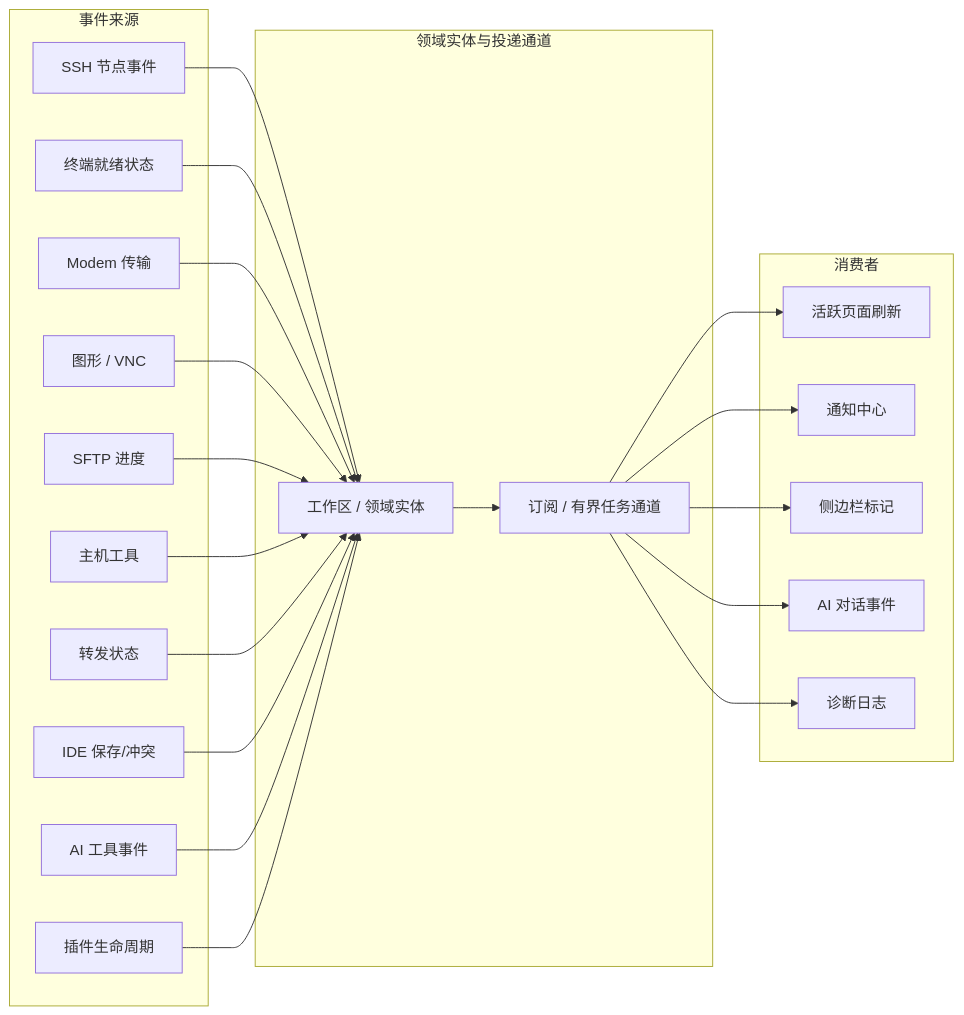
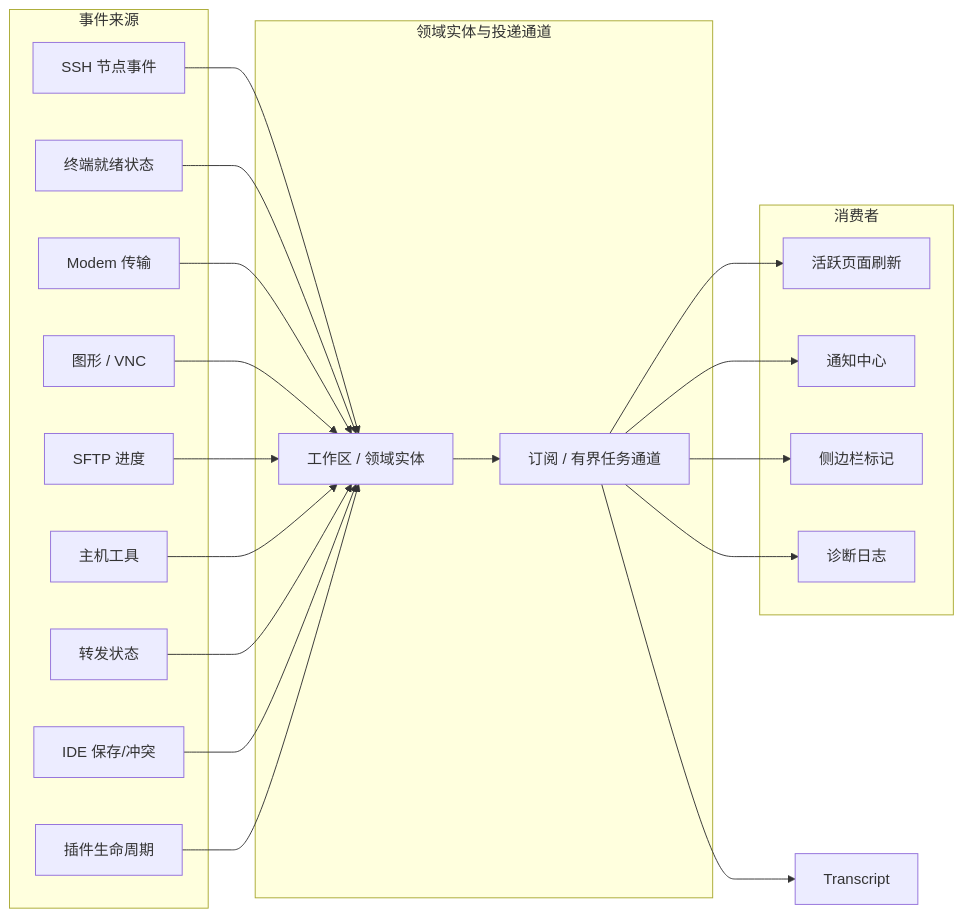
One commit to imeilige/oxideterm changed diagram 12 of 12 in docs/user-guide/zh-Hans/architecture.md. Above: the diagram before and after it, drawn with Mermaid. The commit also changed other lines of this file and 339 other files, not shown here.

````diff
--- a/docs/user-guide/zh-Hans/architecture.md
+++ b/docs/user-guide/zh-Hans/architecture.md
@@ -1590,45 +1403,42 @@
 ```mermaid
 flowchart LR
     subgraph Sources["事件来源"]
         SSH["SSH 节点事件"]
         Term["终端就绪状态"]
         Modem["Modem 传输"]
         Graphics["图形 / VNC"]
         SFTP["SFTP 进度"]
         HostTools["主机工具"]
         Forward["转发状态"]
         IDE["IDE 保存/冲突"]
-        AI["AI 工具事件"]
         Plugin["插件生命周期"]
     end
 
     subgraph EntityLayer["领域实体与投递通道"]
         RuntimeEntities["工作区 / 领域实体"]
         Delivery["订阅 / 有界任务通道"]
     end
 
     subgraph Consumers["消费者"]
         ActiveSurface["活跃页面刷新"]
         Notifications["通知中心"]
         Badges["侧边栏标记"]
-        Transcript["AI 对话事件"]
         Logs["诊断日志"]
     end
 
     SSH --> RuntimeEntities
     Term --> RuntimeEntities
     Modem --> RuntimeEntities
     Graphics --> RuntimeEntities
     SFTP --> RuntimeEntities
     HostTools --> RuntimeEntities
     Forward --> RuntimeEntities
     IDE --> RuntimeEntities
-    AI --> RuntimeEntities
     Plugin --> RuntimeEntities
     RuntimeEntities --> Delivery
     Delivery --> ActiveSurface
     Delivery --> Notifications
     Delivery --> Badges
     Delivery --> Transcript
     Delivery --> Logs
 ```
````
